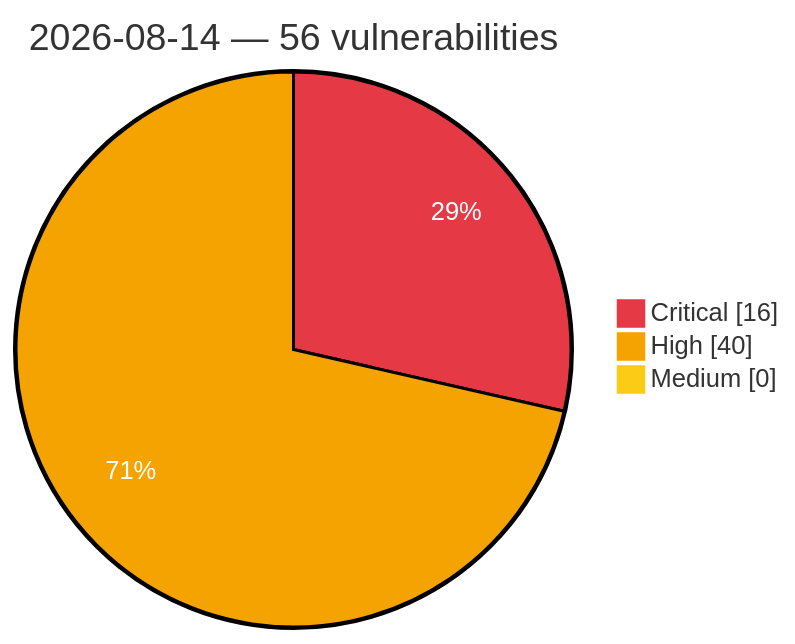
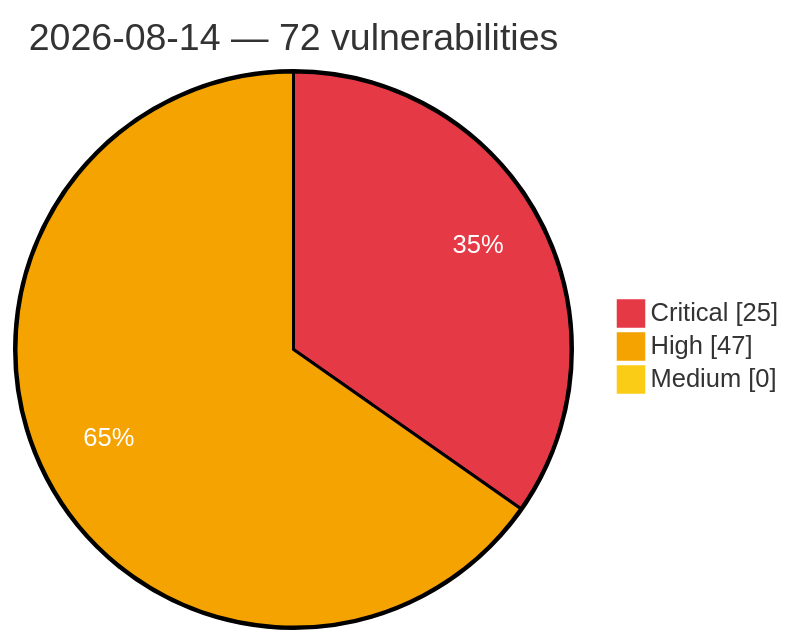
The diagram in vulnerabilities/2026/August/2026-08-14.md (GhostX0X/vuln-tracker), drawn with Mermaid before and after one commit. The commit also changed other lines of this file and 5 other files, not shown here.

Commit message:
Auto update: critical/high vulns (2026-08-14 20:57 UTC)

````diff
--- a/vulnerabilities/2026/August/2026-08-14.md
+++ b/vulnerabilities/2026/August/2026-08-14.md
@@ -3,8 +3,8 @@
 ```mermaid
 %%{init: {'theme':'base', 'themeVariables': {'pie1':'#e63946', 'pie2':'#f4a300', 'pie3':'#facc15', 'pieOpacity':'1', 'pieOuterStrokeWidth':'2px', 'pieSectionTextColor':'#ffffff'}}}%%
 pie showData
-    title 2026-08-14 — 56 vulnerabilities
-    "Critical" : 16
-    "High" : 40
+    title 2026-08-14 — 72 vulnerabilities
+    "Critical" : 25
+    "High" : 47
     "Medium" : 0
 ```
````
